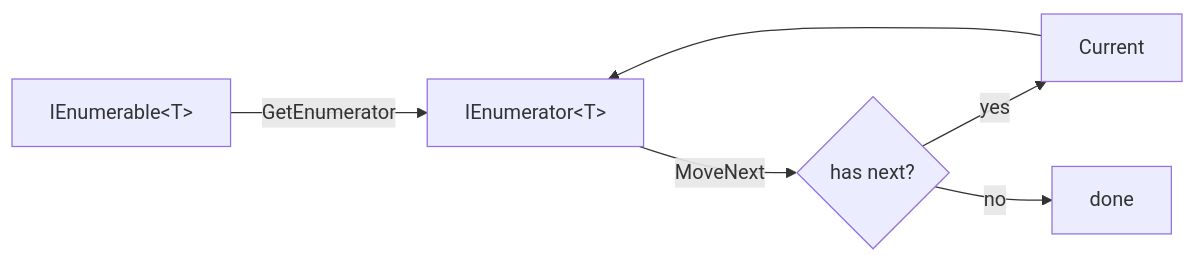
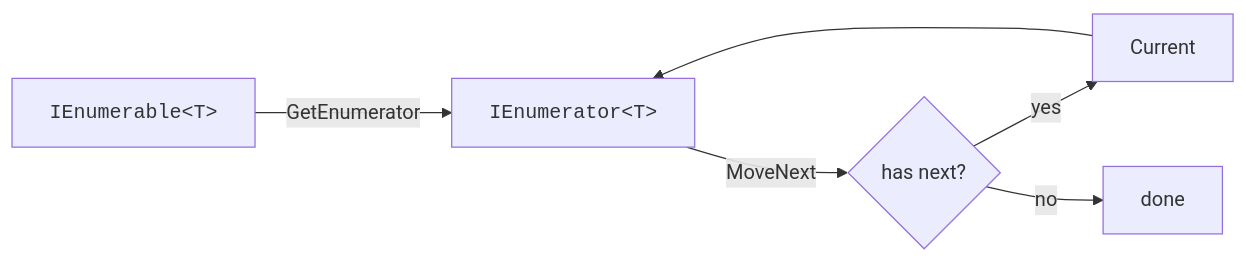
Before and after one commit to dataslope/dataslope: the first of 2 diagrams in content/learn/csharp-linq-functional/generic-abstractions.mdx, drawn with Mermaid. The commit also changed 153 other files, not shown here.

First line of the commit message:
Render code-only mermaid shapes in monospace; convert step sequences to Steps

````diff
--- a/content/learn/csharp-linq-functional/generic-abstractions.mdx
+++ b/content/learn/csharp-linq-functional/generic-abstractions.mdx
@@ -26,7 +26,7 @@
 ```mermaid
 flowchart LR
-    A["IEnumerable&lt;T&gt;"] -->|GetEnumerator| B["IEnumerator&lt;T&gt;"]
+    A["<code>IEnumerable&lt;T&gt;</code>"] -->|GetEnumerator| B["<code>IEnumerator&lt;T&gt;</code>"]
     B -->|MoveNext| C{has next?}
     C -- yes --> D[Current] --> B
     C -- no --> E[done]
 ```
````
